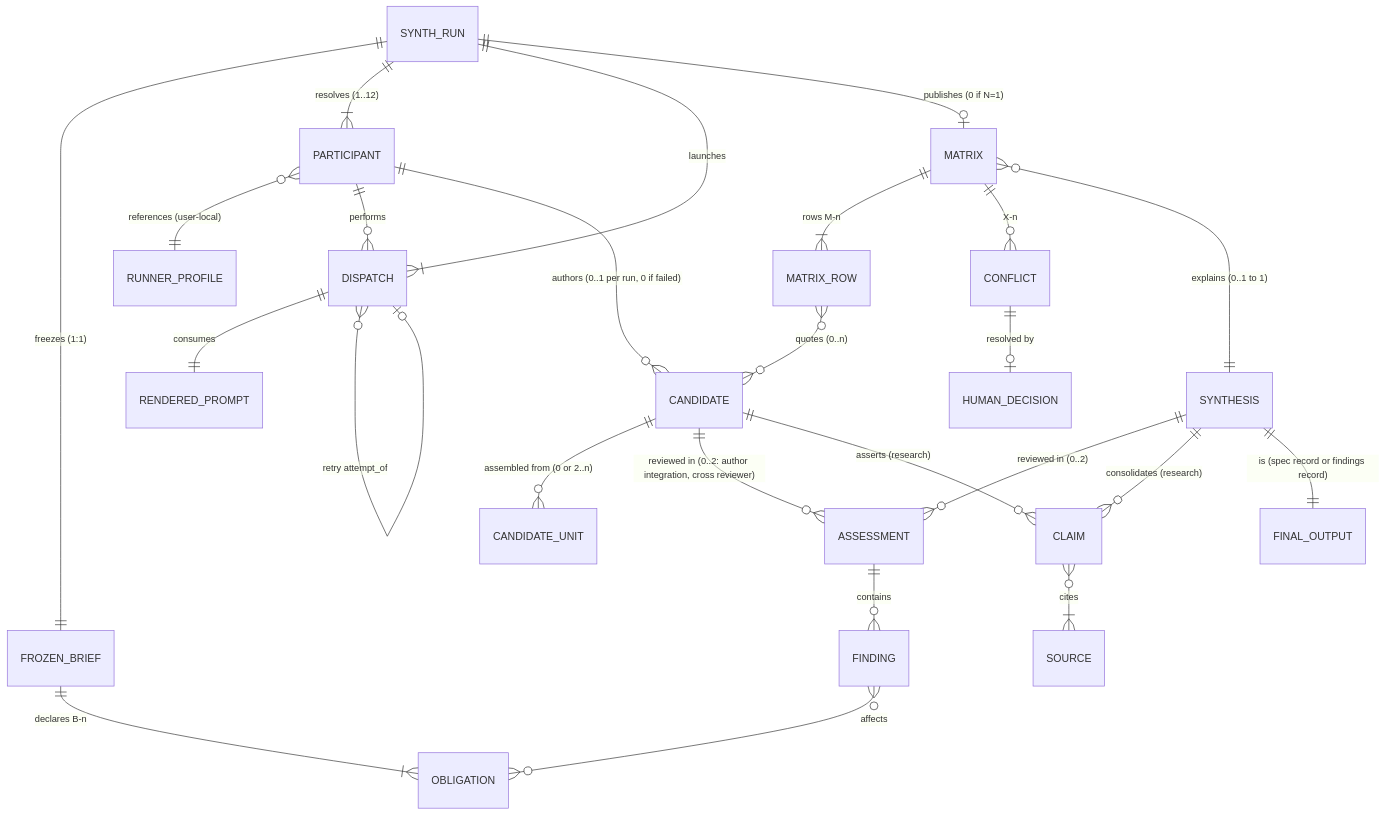
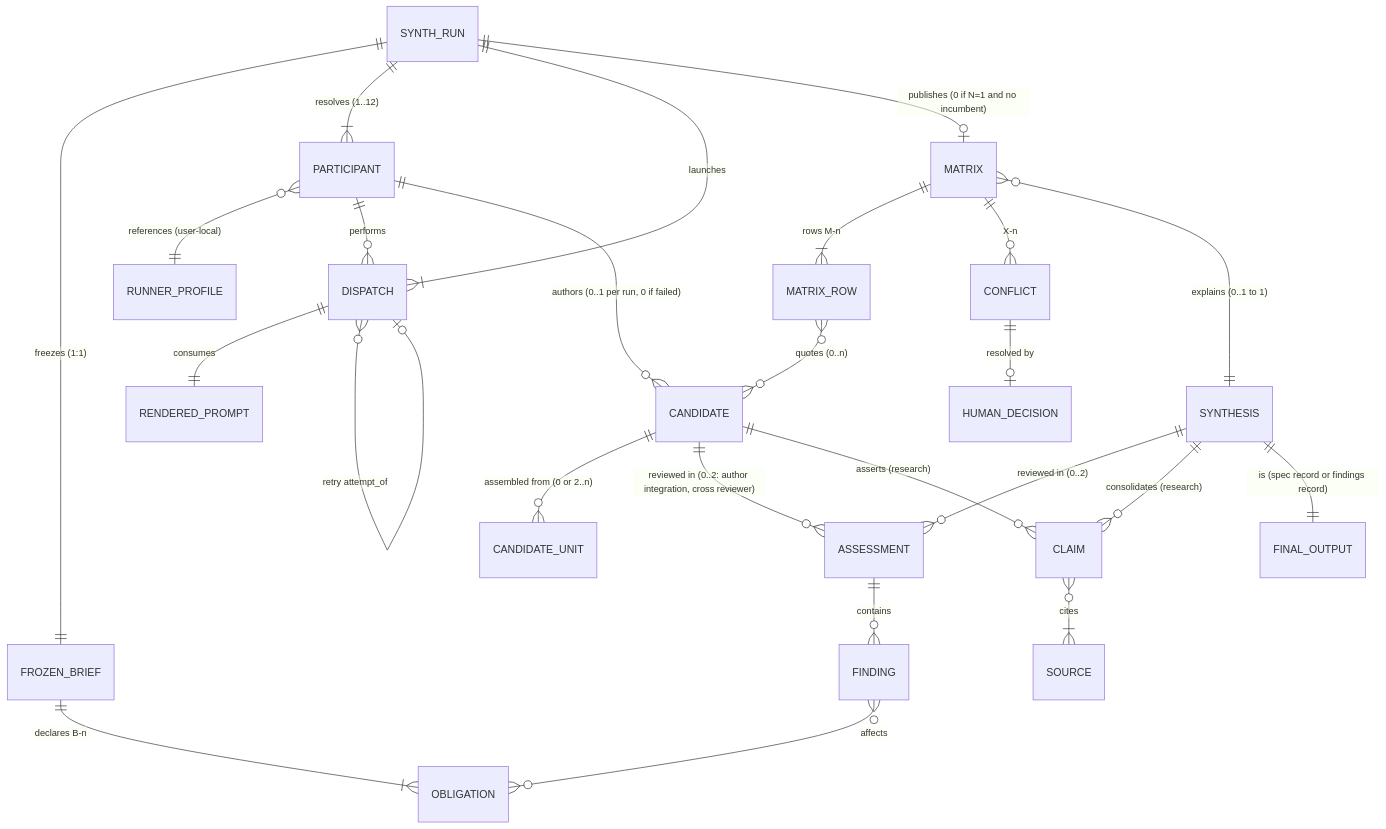
The first of 4 diagrams in .aw/records/specs/draft/20261024-specflow-03-yfz5u9-spec-research-synthesis.spec.md (fariello/agent-workflows), drawn with Mermaid before and after one commit. The commit also changed other lines of this file, not shown here.

````diff
--- a/.aw/records/specs/draft/20261024-specflow-03-yfz5u9-spec-research-synthesis.spec.md
+++ b/.aw/records/specs/draft/20261024-specflow-03-yfz5u9-spec-research-synthesis.spec.md
@@ -991,27 +1004,27 @@
 ```mermaid
 erDiagram
     SYNTH_RUN ||--|| FROZEN_BRIEF : "freezes (1:1)"
     SYNTH_RUN ||--|{ PARTICIPANT : "resolves (1..12)"
     PARTICIPANT }o--|| RUNNER_PROFILE : "references (user-local)"
     FROZEN_BRIEF ||--|{ OBLIGATION : "declares B-n"
     SYNTH_RUN ||--|{ DISPATCH : "launches"
     DISPATCH ||--|| RENDERED_PROMPT : "consumes"
     DISPATCH }o--o| DISPATCH : "retry attempt_of"
     PARTICIPANT ||--o{ DISPATCH : "performs"
     PARTICIPANT ||--o{ CANDIDATE : "authors (0..1 per run, 0 if failed)"
     CANDIDATE ||--o{ CANDIDATE_UNIT : "assembled from (0 or 2..n)"
     CANDIDATE ||--o{ ASSESSMENT : "reviewed in (0..2: author integration, cross reviewer)"
     SYNTHESIS ||--o{ ASSESSMENT : "reviewed in (0..2)"
     ASSESSMENT ||--o{ FINDING : "contains"
     FINDING }o--o{ OBLIGATION : "affects"
-    SYNTH_RUN ||--o| MATRIX : "publishes (0 if N=1)"
+    SYNTH_RUN ||--o| MATRIX : "publishes (0 if N=1 and no incumbent)"
     MATRIX ||--|{ MATRIX_ROW : "rows M-n"
     MATRIX_ROW }o--o{ CANDIDATE : "quotes (0..n)"
     MATRIX ||--o{ CONFLICT : "X-n"
     CONFLICT ||--o| HUMAN_DECISION : "resolved by"
     MATRIX }o--|| SYNTHESIS : "explains (0..1 to 1)"
     CANDIDATE ||--o{ CLAIM : "asserts (research)"
     CLAIM }o--|{ SOURCE : "cites"
     SYNTHESIS ||--o{ CLAIM : "consolidates (research)"
     SYNTHESIS ||--|| FINAL_OUTPUT : "is (spec record or findings record)"
 ```
````
